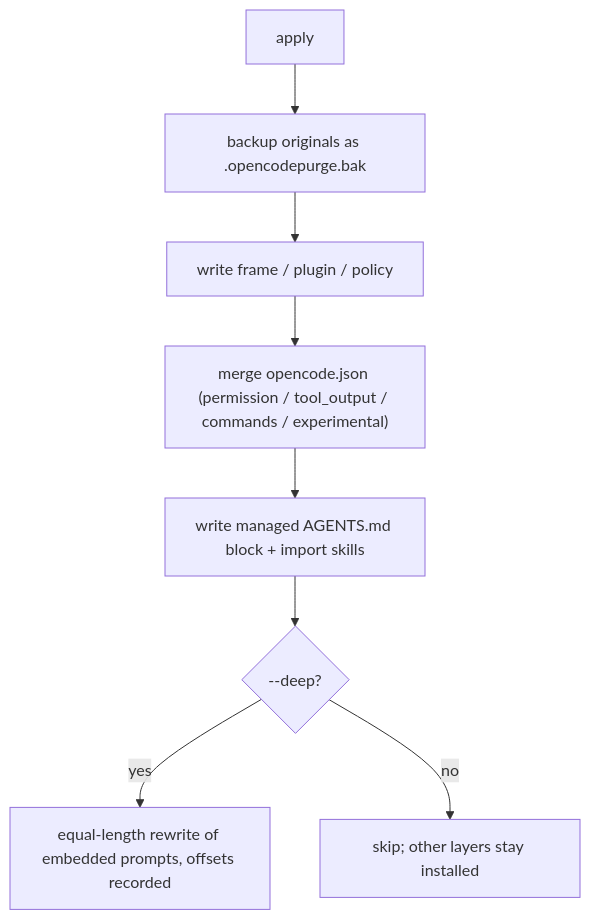
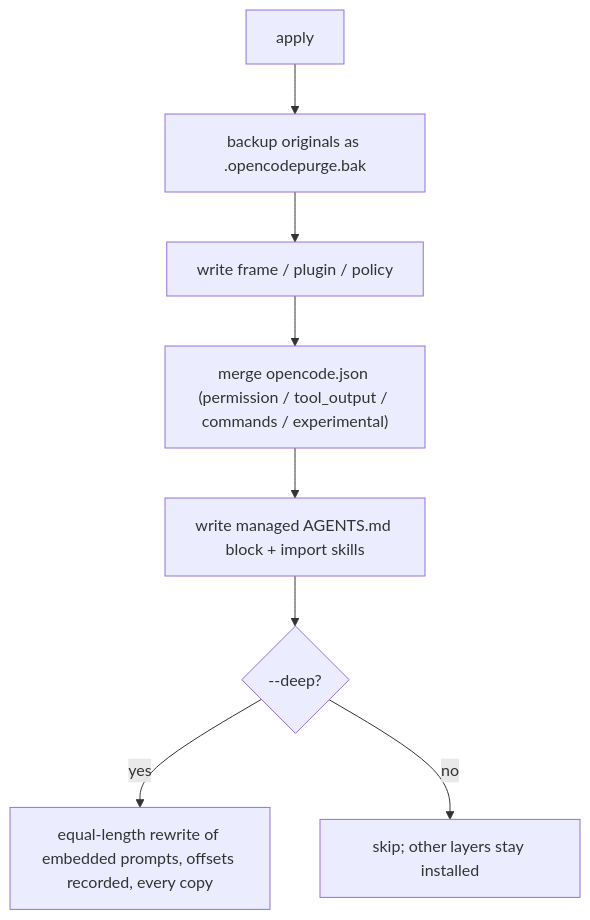
The first of 2 diagrams in README.md (oahcom/opencode-purge), drawn with Mermaid before and after one commit. The commit also changed other lines of this file and 12 other files, not shown here.

````diff
--- a/README.md
+++ b/README.md
@@ -134,10 +145,10 @@
 ```mermaid
 flowchart TD
   A["apply"] --> B["backup originals as .opencodepurge.bak"]
   B --> C["write frame / plugin / policy"]
   C --> D["merge opencode.json (permission / tool_output / commands / experimental)"]
   D --> E["write managed AGENTS.md block + import skills"]
   E --> F{"--deep?"}
-  F -->|yes| G["equal-length rewrite of embedded prompts, offsets recorded"]
+  F -->|yes| G["equal-length rewrite of embedded prompts, offsets recorded, every copy"]
   F -->|no| H["skip; other layers stay installed"]
 ```
````
